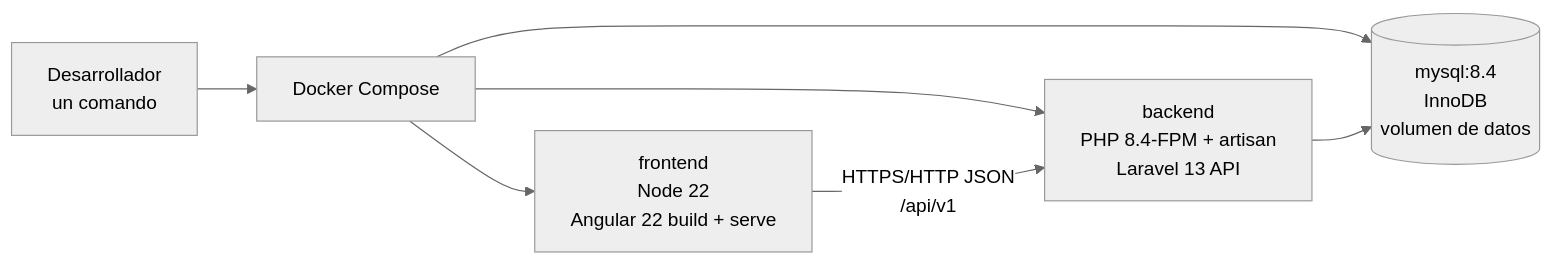
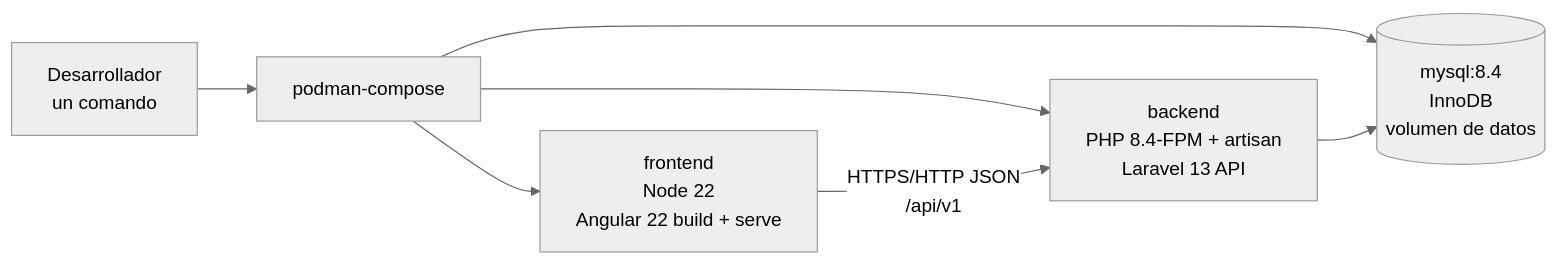
One commit to IVAINX18/Shadow-Net-StockFlow changed the first of 2 diagrams in docs/architecture/deployment-architecture.md. Above: the diagram before and after it, drawn with Mermaid (neutral theme). The commit also changed other lines of this file and 14 other files, not shown here.

First line of the commit message:
refactor(entorno): cambia Docker por Podman (sin demonio) y verifica la pila completa

````diff
--- a/docs/architecture/deployment-architecture.md
+++ b/docs/architecture/deployment-architecture.md
@@ -19,9 +19,9 @@
 ```mermaid
 flowchart LR
-    DEV["Desarrollador\nun comando"] --> COMP["Docker Compose"]
+    DEV["Desarrollador\nun comando"] --> COMP["podman-compose"]
     COMP --> MYSQL[("mysql:8.4\nInnoDB\nvolumen de datos")]
     COMP --> BE["backend\nPHP 8.4-FPM + artisan\nLaravel 13 API"]
     COMP --> FE["frontend\nNode 22\nAngular 22 build + serve"]
     BE --> MYSQL
     FE -->|"HTTPS/HTTP JSON\n/api/v1"| BE
 ```
````
